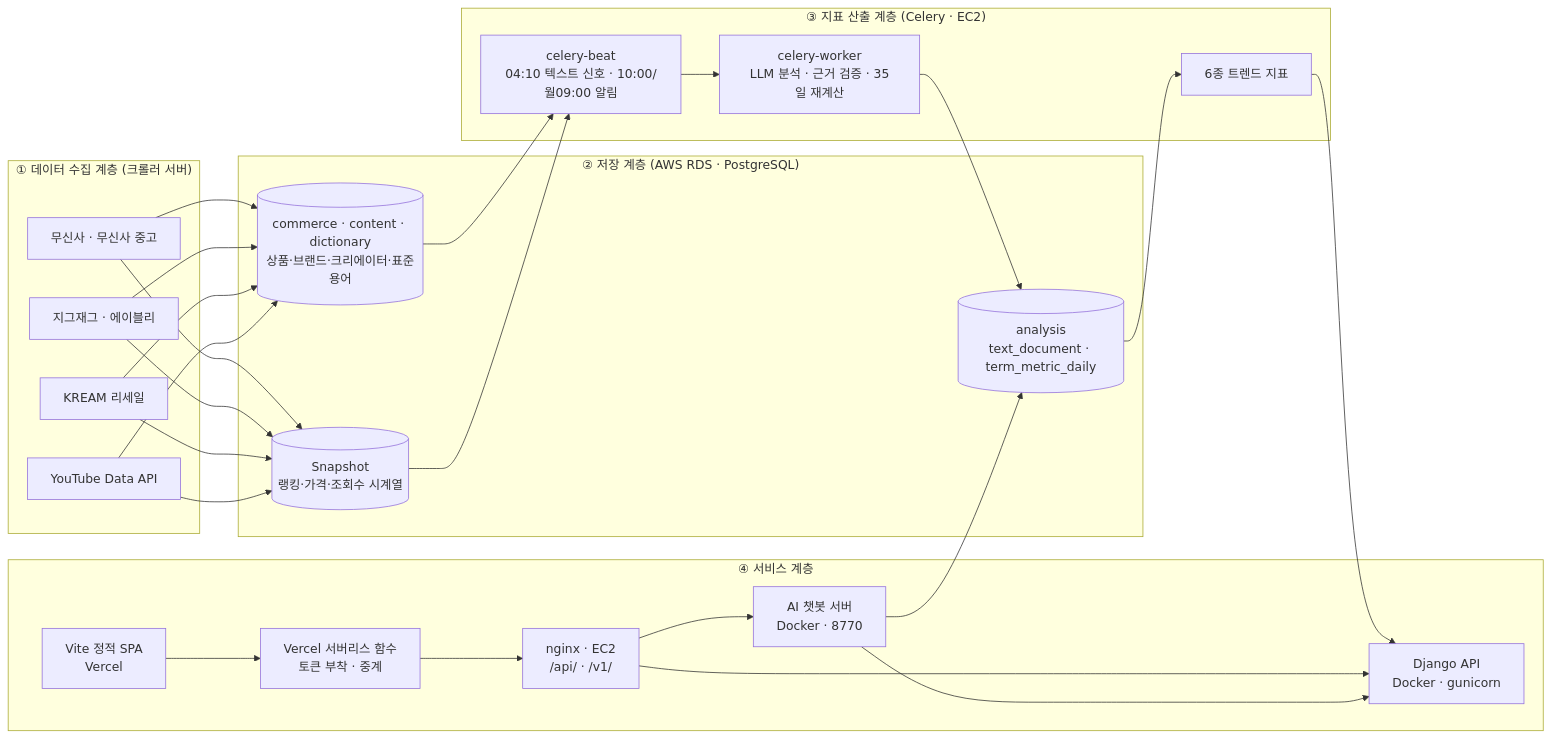
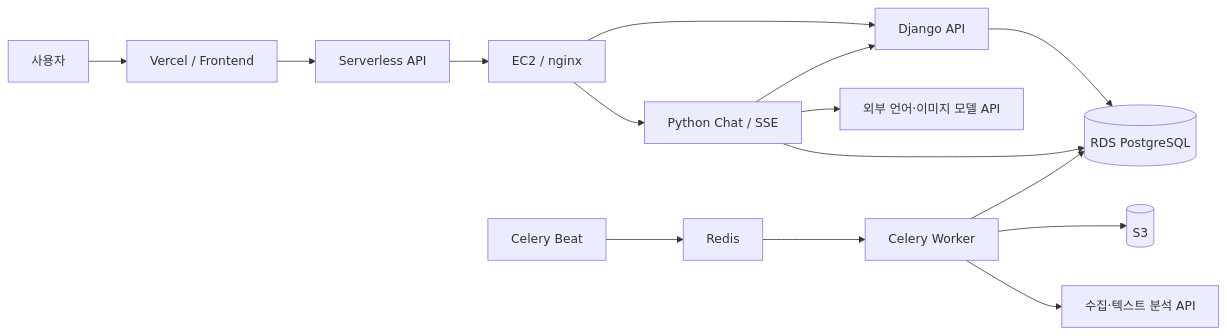
Before and after one commit to feedit-official/feedit: the diagram in README.md, drawn with Mermaid. The commit also changed other lines of this file and 615 other files, not shown here.

````diff
--- a/README.md
+++ b/README.md
@@ -127,52 +41,17 @@
 ```mermaid
 flowchart LR
-    subgraph 수집["① 데이터 수집 계층 (크롤러 서버)"]
-        C1[무신사 · 무신사 중고]
-        C2[지그재그 · 에이블리]
-        C3[KREAM 리세일]
-        C4[YouTube Data API]
-    end
-
-    subgraph 저장["② 저장 계층 (AWS RDS · PostgreSQL)"]
-        M[(commerce · content · dictionary<br/>상품·브랜드·크리에이터·표준용어)]
-        S[(Snapshot<br/>랭킹·가격·조회수 시계열)]
-        A[(analysis<br/>text_document · term_metric_daily)]
-    end
-
-    subgraph 지표["③ 지표 산출 계층 (Celery · EC2)"]
-        BEAT[celery-beat<br/>04:10 텍스트 신호 · 10:00/월09:00 알림]
-        WORK[celery-worker<br/>LLM 분석 · 근거 검증 · 35일 재계산]
-        IDX[6종 트렌드 지표]
-    end
-
-    subgraph 서비스["④ 서비스 계층"]
-        NGX[nginx · EC2<br/>/api/ · /v1/]
-        API[Django API<br/>Docker · gunicorn]
-        BOT[AI 챗봇 서버<br/>Docker · 8770]
-        VF[Vercel 서버리스 함수<br/>토큰 부착 · 중계]
-        FE[Vite 정적 SPA<br/>Vercel]
-    end
-
-    C1 --> M
-    C2 --> M
-    C3 --> M
-    C4 --> M
-    C1 --> S
-    C2 --> S
-    C3 --> S
-    C4 --> S
-
-    M --> BEAT
-    S --> BEAT
-    BEAT --> WORK
-    WORK --> A
-    A --> IDX
-    IDX --> API
-
-    FE --> VF
-    VF --> NGX
-    NGX --> API
-    NGX --> BOT
-    BOT --> A
-    BOT --> API
+    U[사용자] --> V[Vercel / Frontend]
+    V --> F[Serverless API]
+    F --> N[EC2 / nginx]
+    N --> D[Django API]
+    N --> C[Python Chat / SSE]
+    D --> R[(RDS PostgreSQL)]
+    C --> R
+    C --> D
+    C --> M[외부 언어·이미지 모델 API]
+    B[Celery Beat] --> Q[Redis]
+    Q --> W[Celery Worker]
+    W --> R
+    W --> S[(S3)]
+    W --> T[수집·텍스트 분석 API]
 ```
````
